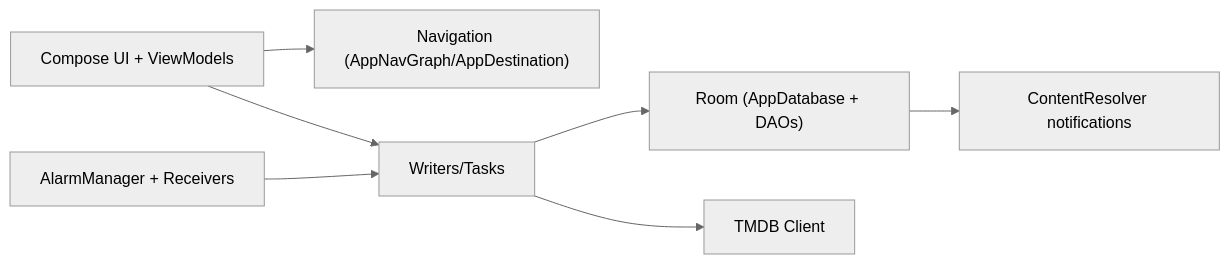
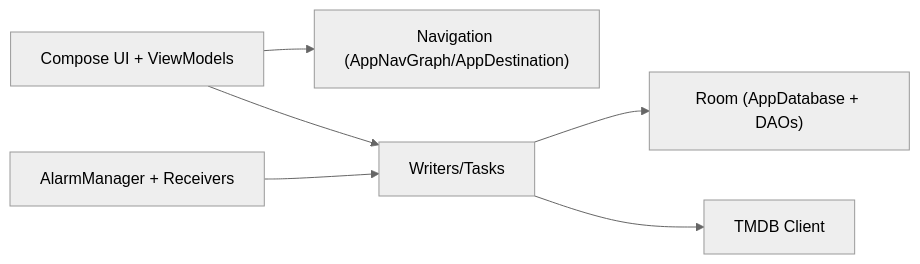
One commit to Zarvinx/keep-track changed the first of 3 diagrams in docs/architecture.md. Above: the diagram before and after it, drawn with Mermaid (neutral theme). The commit also changed other lines of this file and 12 other files, not shown here.

````diff
--- a/docs/architecture.md
+++ b/docs/architecture.md
@@ -24,9 +24,8 @@
 ```mermaid
 flowchart LR
     UI["Compose UI + ViewModels"] --> NAV["Navigation (AppNavGraph/AppDestination)"]
     UI --> WR["Writers/Tasks"]
     WR --> DB["Room (AppDatabase + DAOs)"]
-    DB --> CP["ContentResolver notifications"]
     WR --> TMDB["TMDB Client"]
     SCH["AlarmManager + Receivers"] --> WR
 ```
````
